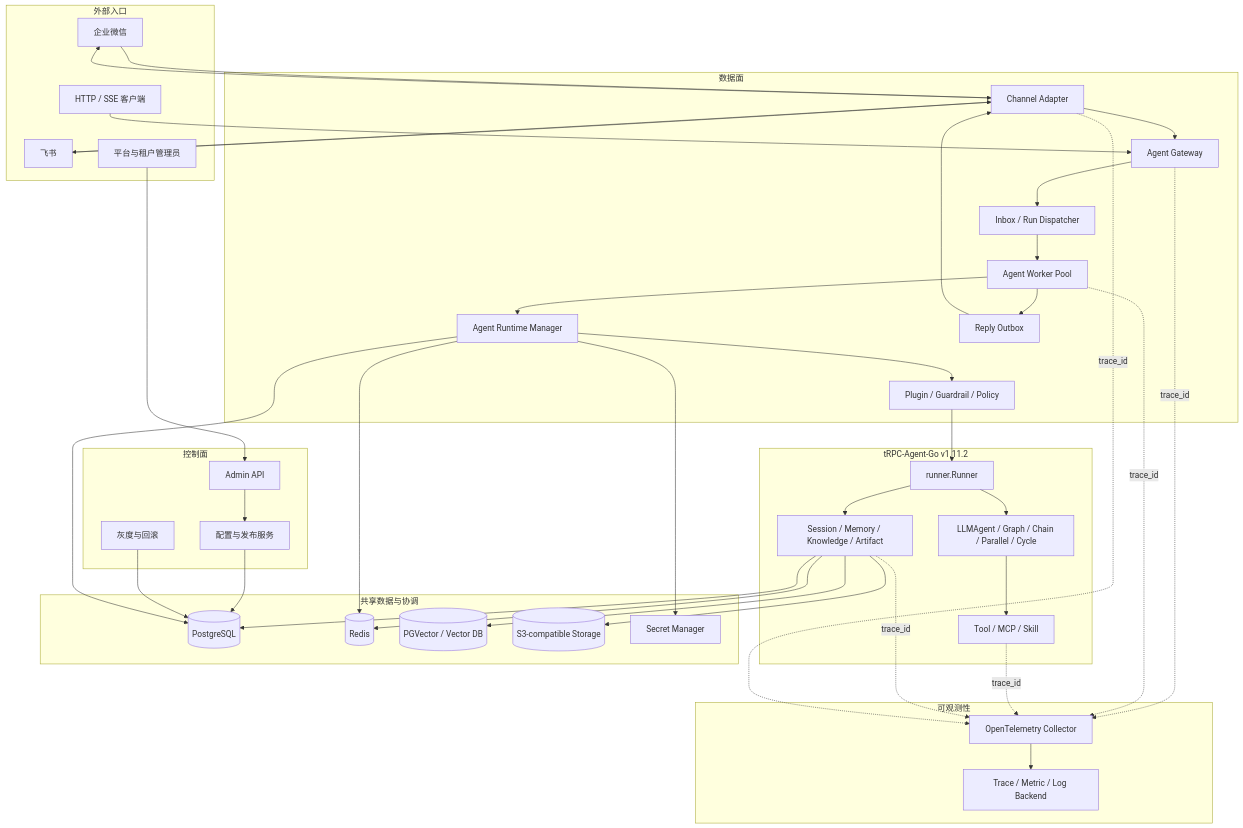
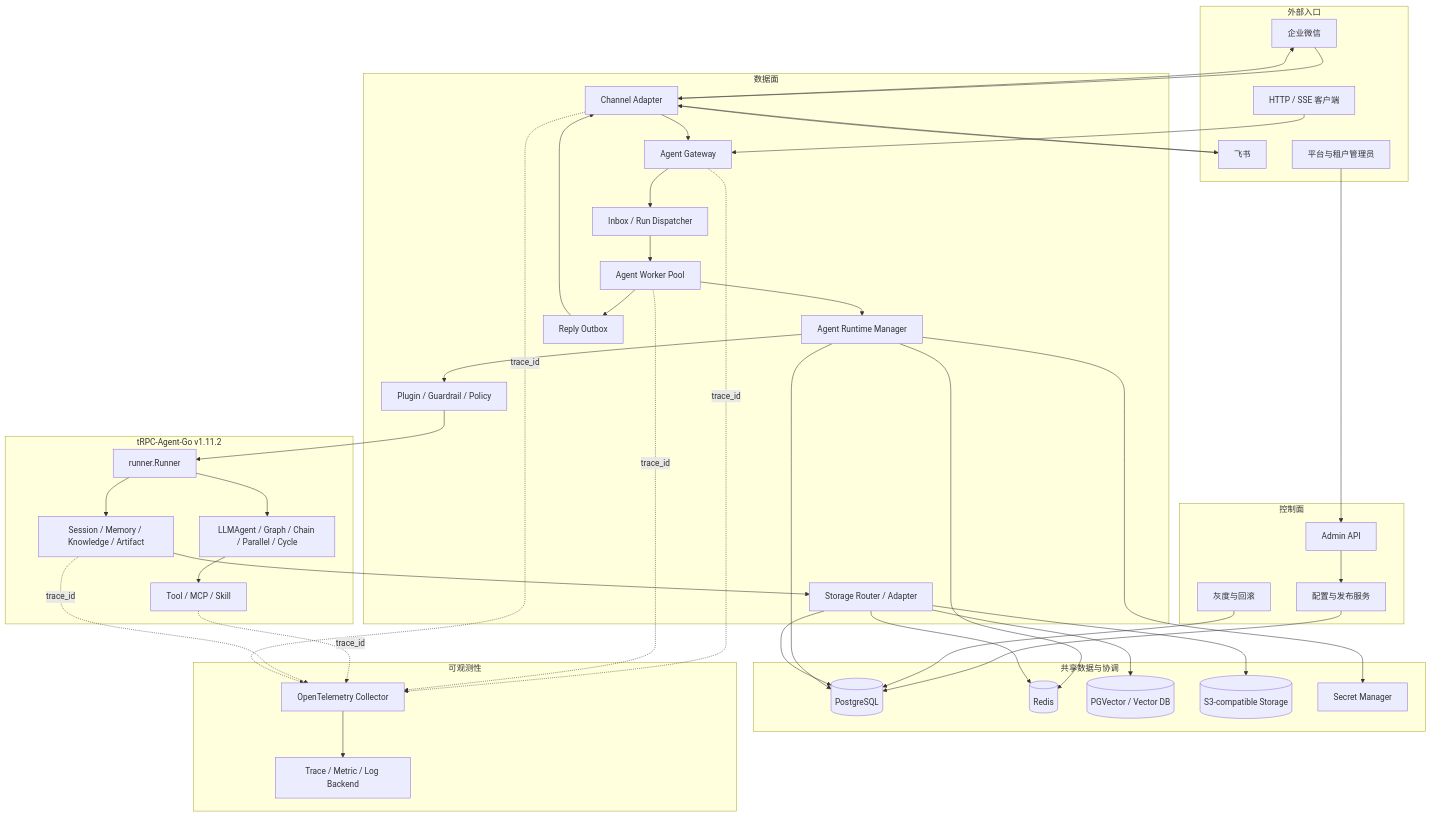
The diagram in docs/architecture.md (d2bz/trpc-agent-service), drawn with Mermaid before and after one commit. The commit also changed other lines of this file and 15 other files, not shown here.

```diff
--- a/docs/architecture.md
+++ b/docs/architecture.md
@@ -39,6 +39,7 @@
         Runtime[Agent Runtime Manager]
         Policy[Plugin / Guardrail / Policy]
         Outbox[Reply Outbox]
+        Router[Storage Router / Adapter]
     end
 
     subgraph Framework[tRPC-Agent-Go v1.11.2]
@@ -82,10 +83,11 @@
     Runtime --> PG
     Runtime --> Redis
     Runtime --> Secrets
-    StateAPI --> Redis
-    StateAPI --> PG
-    StateAPI --> Vector
-    StateAPI --> Object
+    StateAPI --> Router
+    Router --> Redis
+    Router --> PG
+    Router --> Vector
+    Router --> Object
 
     Worker --> Outbox
     Outbox --> Channel
```
